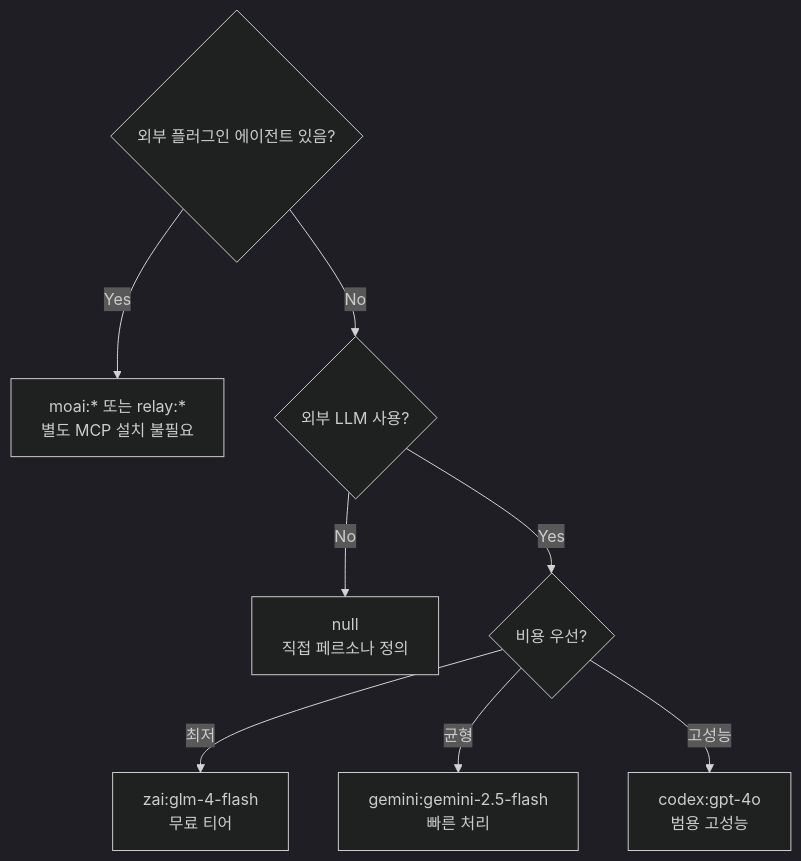
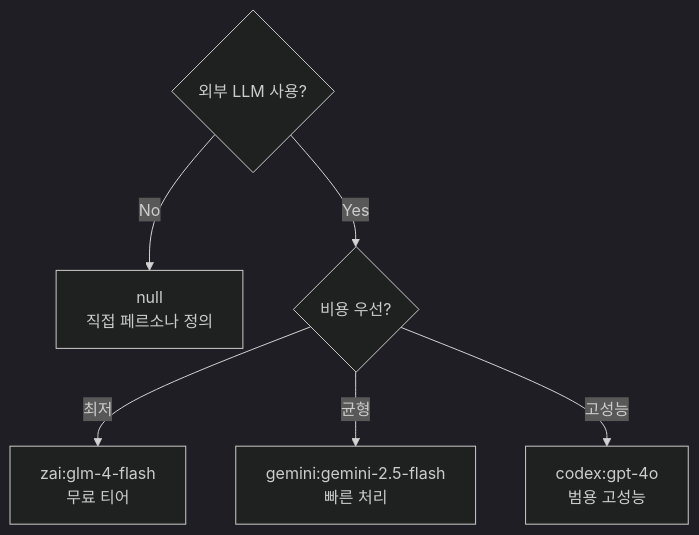
The third of 5 diagrams in relay-plugin/README.md (yarang/relay-plugin), drawn with Mermaid (dark theme) before and after one commit. The commit also changed other lines of this file and 27 other files, not shown here.

````diff
--- a/relay-plugin/README.md
+++ b/relay-plugin/README.md
@@ -511,11 +522,9 @@
 ```mermaid
 flowchart TD
-    Q1{외부 플러그인 에이전트 있음?}
-    Q1 -->|Yes| MOAI["moai:* 또는 relay:*\n별도 MCP 설치 불필요"]
-    Q1 -->|No| Q2{외부 LLM 사용?}
-    Q2 -->|No| NULL["null\n직접 페르소나 정의"]
-    Q2 -->|Yes| Q3{비용 우선?}
-    Q3 -->|최저| ZAI["zai:glm-4-flash\n무료 티어"]
-    Q3 -->|균형| GEMINI["gemini:gemini-2.5-flash\n빠른 처리"]
-    Q3 -->|고성능| CODEX["codex:gpt-4o\n범용 고성능"]
+    Q1{외부 LLM 사용?}
+    Q1 -->|No| NULL["null\n직접 페르소나 정의"]
+    Q1 -->|Yes| Q2{비용 우선?}
+    Q2 -->|최저| ZAI["zai:glm-4-flash\n무료 티어"]
+    Q2 -->|균형| GEMINI["gemini:gemini-2.5-flash\n빠른 처리"]
+    Q2 -->|고성능| CODEX["codex:gpt-4o\n범용 고성능"]
 ```
````
